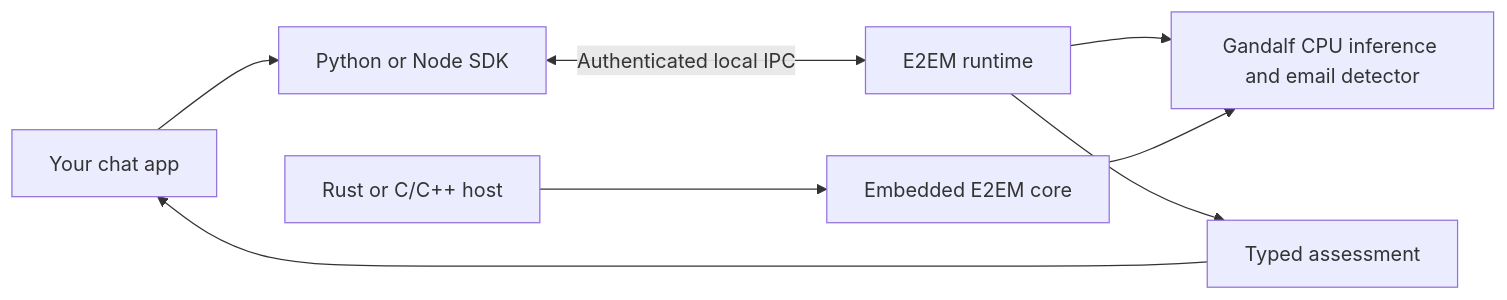
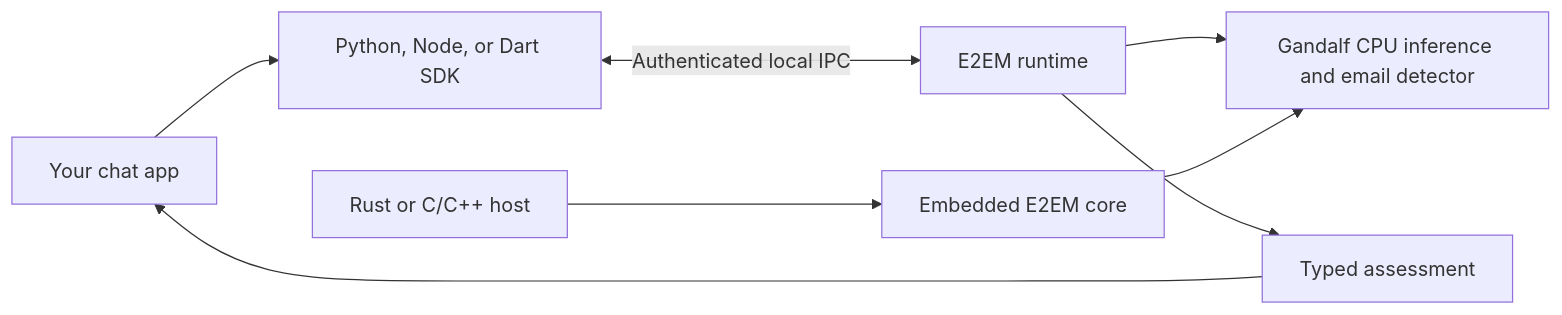
One commit to E2EMorg/e2em changed the first of 2 diagrams in README.md. Above: the diagram before and after it, drawn with Mermaid. The commit also changed other lines of this file and 41 other files, not shown here.

Commit message:
Include Dart SDK and hardware admission in the verified desktop release

````diff
--- a/README.md
+++ b/README.md
@@ -86,10 +86,10 @@
 ```mermaid
 flowchart LR
-    A[Your chat app] --> B[Python or Node SDK]
+    A[Your chat app] --> B[Python, Node, or Dart SDK]
     B <-->|Authenticated local IPC| C[E2EM runtime]
     C --> D[Gandalf CPU inference and email detector]
     C --> E[Typed assessment]
     E --> A
     F[Rust or C/C++ host] --> G[Embedded E2EM core]
     G --> D
 ```
````
